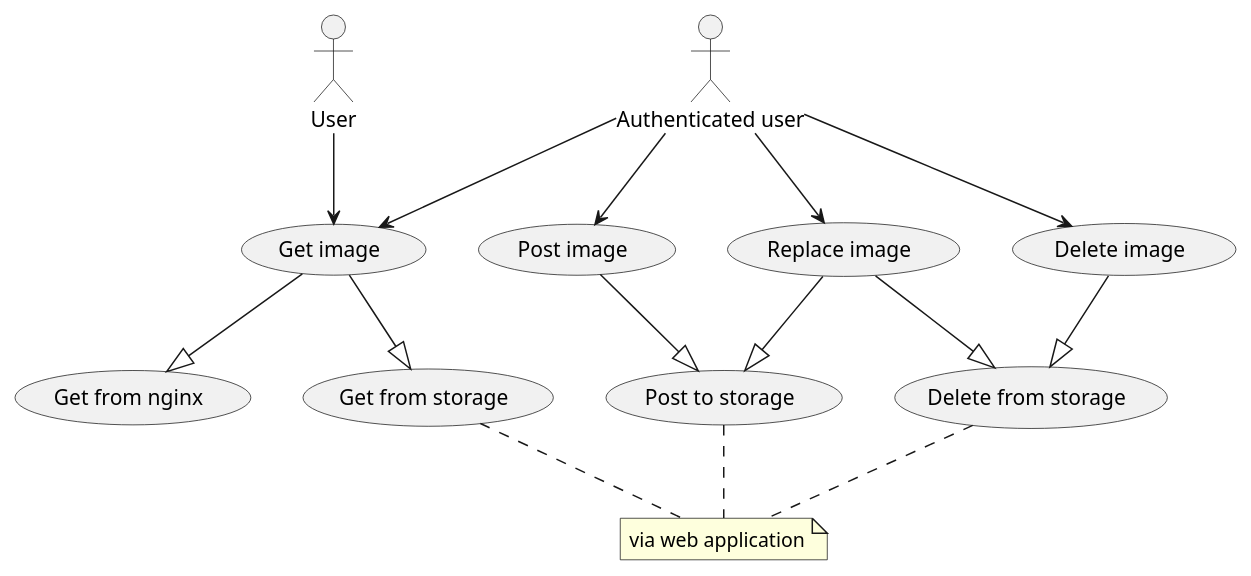
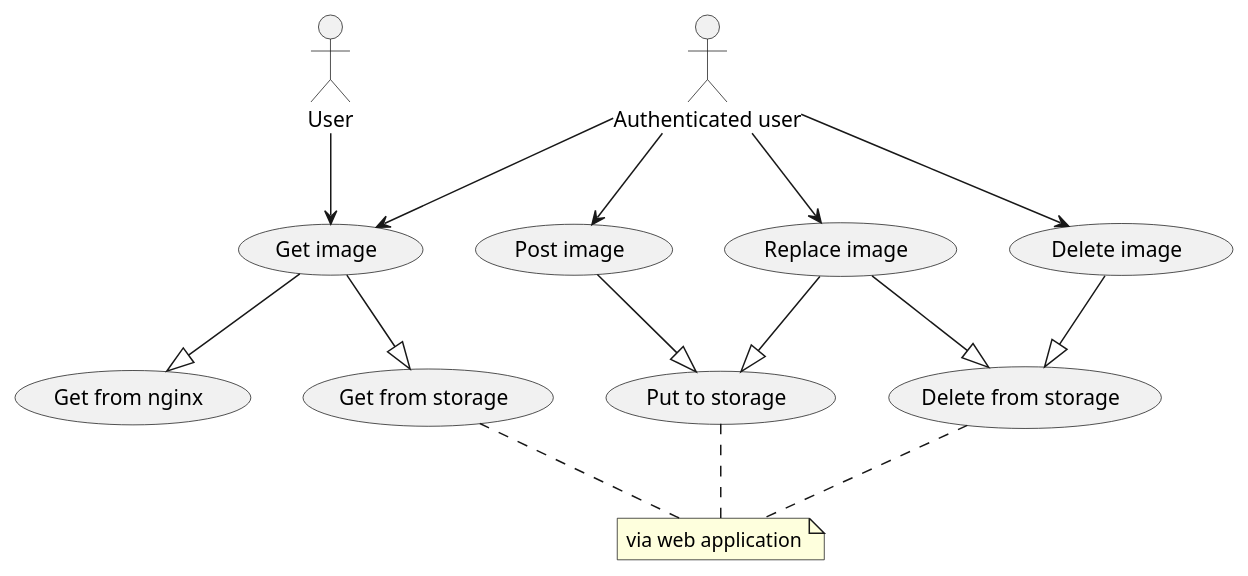
One commit to strider2038/image-cache changed the diagram in docs/uml/use-case.puml. Above: the diagram before and after it, drawn with PlantUML. The commit also changed 4 other files, not shown here.

```diff
--- a/docs/uml/use-case.puml
+++ b/docs/uml/use-case.puml
@@ -1,24 +1,24 @@
 @startuml
 
 :User: --> (Get image)
 :Authenticated user: --> (Get image)
 :Authenticated user: --> (Post image)
 :Authenticated user: --> (Replace image)
 :Authenticated user: --> (Delete image)
 
 (Get image) --|> (Get from nginx)
 (Get image) --|> (Get from storage)
 
-(Post image) --|> (Post to storage)
+(Post image) --|> (Put to storage)
 
 (Replace image) --|> (Delete from storage)
-(Replace image) --|> (Post to storage)
+(Replace image) --|> (Put to storage)
 
 (Delete image) --|> (Delete from storage)
 
 note "via web application" as Note_via_application
 (Get from storage) .. Note_via_application
-(Post to storage) .. Note_via_application
+(Put to storage) .. Note_via_application
 (Delete from storage) .. Note_via_application
 
 @enduml
```
